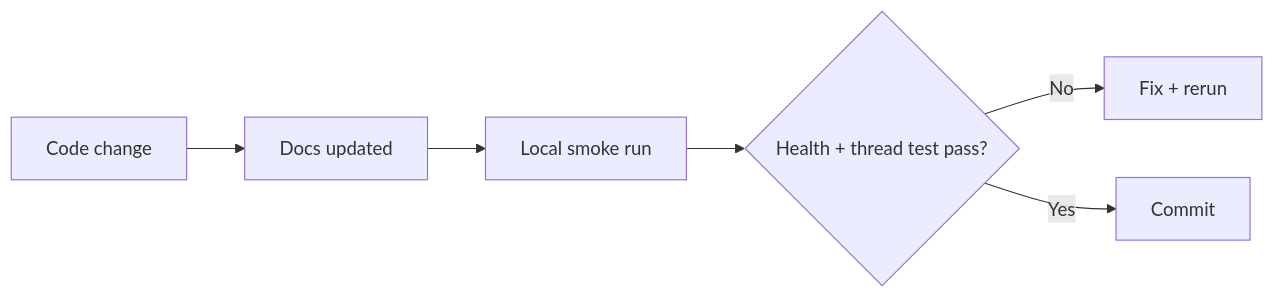
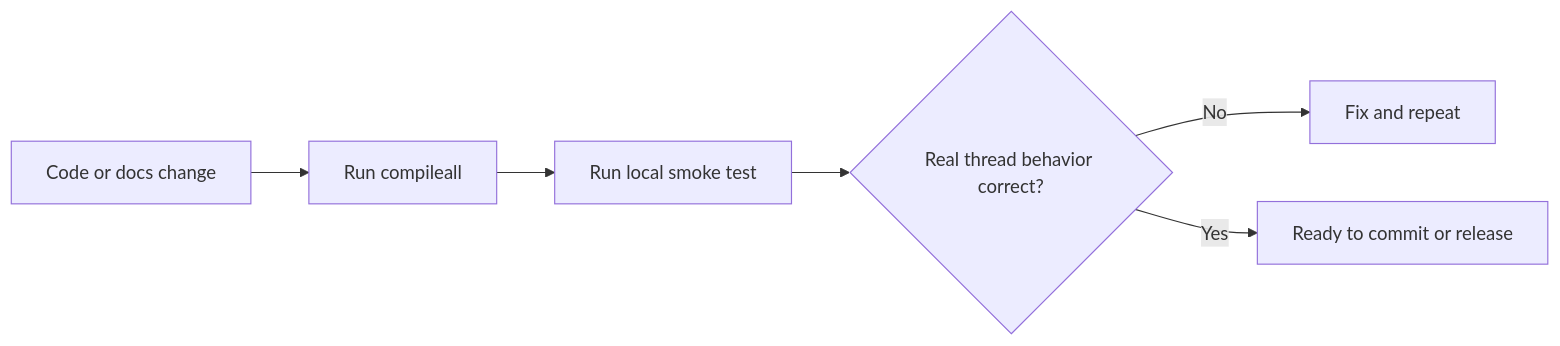
The diagram in docs/testing-and-quality.md (LunarMothStudios/Canna-Mailroom), drawn with Mermaid before and after one commit. The commit also changed other lines of this file and 16 other files, not shown here.

````diff
--- a/docs/testing-and-quality.md
+++ b/docs/testing-and-quality.md
@@ -70,8 +112,8 @@
 ```mermaid
 flowchart LR
-    A[Code change] --> B[Docs updated]
-    B --> C[Local smoke run]
-    C --> D{Health + thread test pass?}
-    D -- No --> E[Fix + rerun]
-    D -- Yes --> F[Commit]
+    Change["Code or docs change"] --> Compile["Run compileall"]
+    Compile --> Smoke["Run local smoke test"]
+    Smoke --> Thread{"Real thread behavior correct?"}
+    Thread -- No --> Fix["Fix and repeat"]
+    Thread -- Yes --> Ship["Ready to commit or release"]
 ```
````
